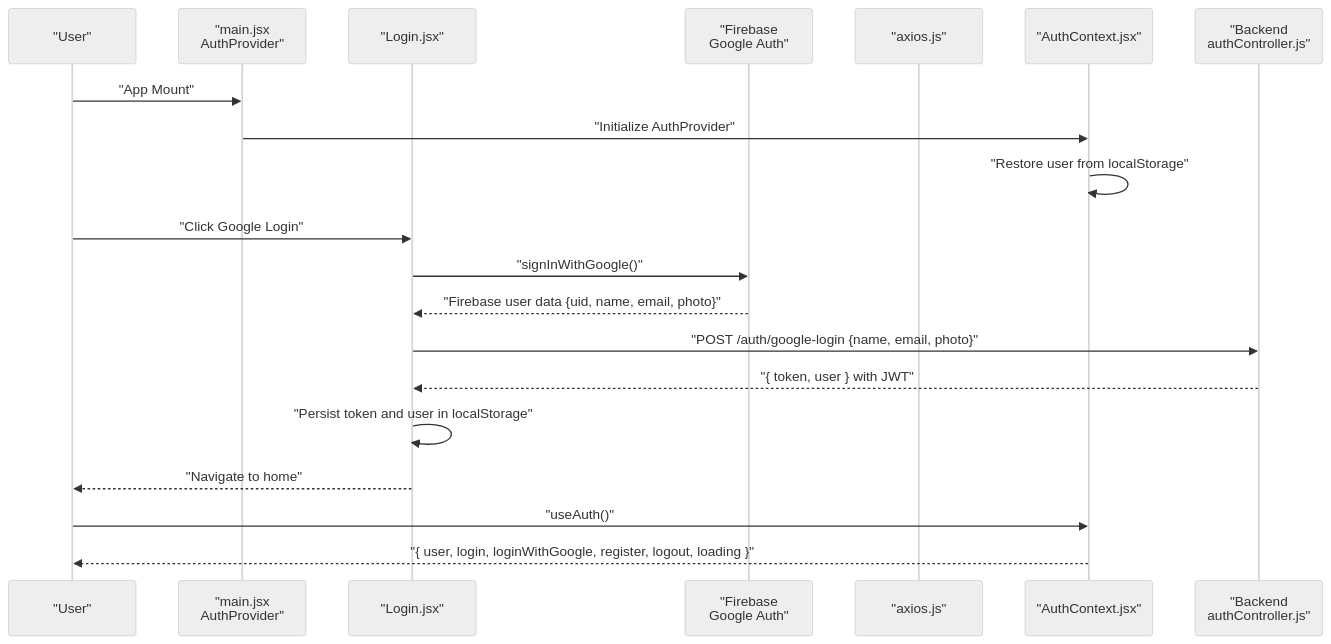
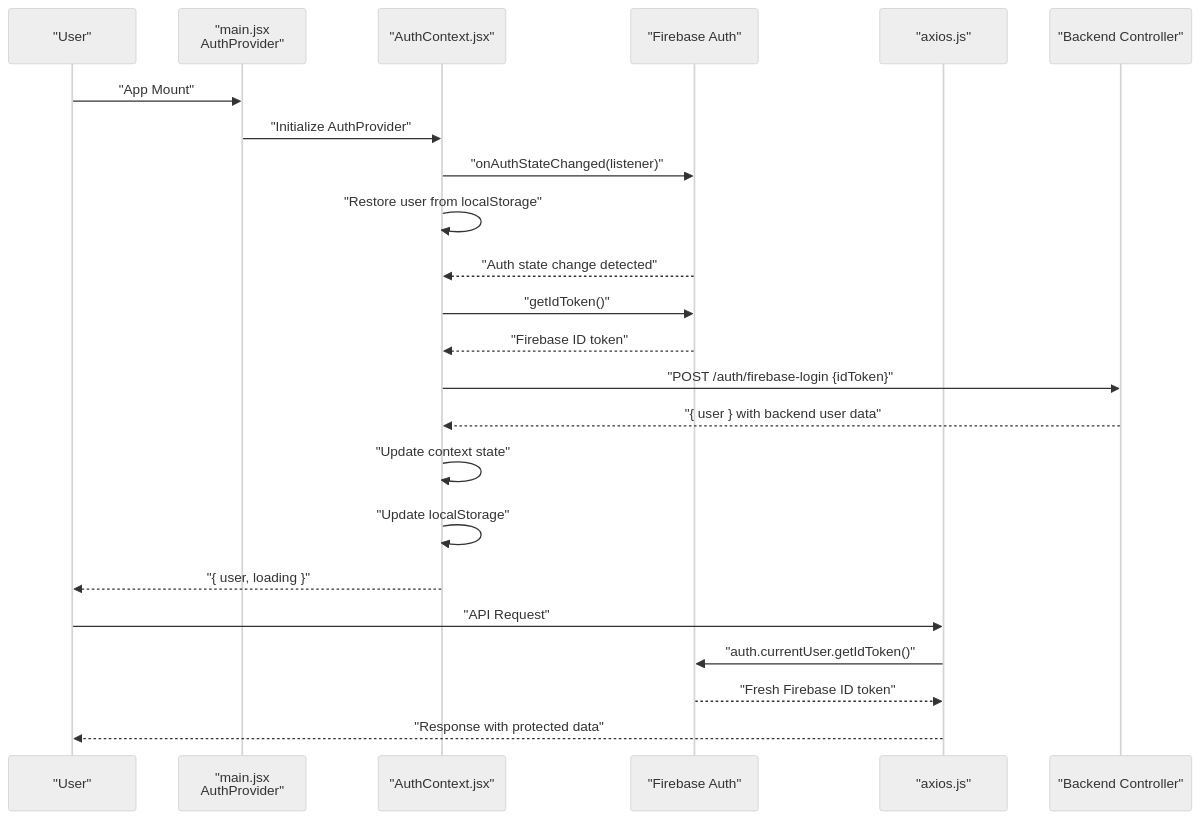
The second of 9 diagrams in .qoder/repowiki/en/content/Authentication & Authorization/Frontend Authentication State Management.md (Pavan-PSPK9032/TrendsandToss), drawn with Mermaid (neutral theme) before and after one commit. The commit also changed other lines of this file and 9 other files, not shown here.

````diff
--- a/.qoder/repowiki/en/content/Authentication & Authorization/Frontend Authentication State Management.md
+++ b/.qoder/repowiki/en/content/Authentication & Authorization/Frontend Authentication State Management.md
@@ -145,22 +127,25 @@
 ```mermaid
 sequenceDiagram
 participant U as "User"
 participant M as "main.jsx<br/>AuthProvider"
-participant L as "Login.jsx"
-participant F as "Firebase<br/>Google Auth"
+participant AC as "AuthContext.jsx"
+participant FA as "Firebase Auth"
 participant AX as "axios.js"
-participant AC as "AuthContext.jsx"
-participant BE as "Backend<br/>authController.js"
+participant BC as "Backend Controller"
 U->>M : "App Mount"
 M->>AC : "Initialize AuthProvider"
+AC->>FA : "onAuthStateChanged(listener)"
 AC->>AC : "Restore user from localStorage"
-U->>L : "Click Google Login"
-L->>F : "signInWithGoogle()"
-F-->>L : "Firebase user data {uid, name, email, photo}"
-L->>BE : "POST /auth/google-login {name, email, photo}"
-BE-->>L : "{ token, user } with JWT"
-L->>L : "Persist token and user in localStorage"
-L-->>U : "Navigate to home"
-U->>AC : "useAuth()"
-AC-->>U : "{ user, login, loginWithGoogle, register, logout, loading }"
+FA-->>AC : "Auth state change detected"
+AC->>FA : "getIdToken()"
+FA-->>AC : "Firebase ID token"
+AC->>BC : "POST /auth/firebase-login {idToken}"
+BC-->>AC : "{ user } with backend user data"
+AC->>AC : "Update context state"
+AC->>AC : "Update localStorage"
+AC-->>U : "{ user, loading }"
+U->>AX : "API Request"
+AX->>FA : "auth.currentUser.getIdToken()"
+FA-->>AX : "Fresh Firebase ID token"
+AX-->>U : "Response with protected data"
 ```
````
